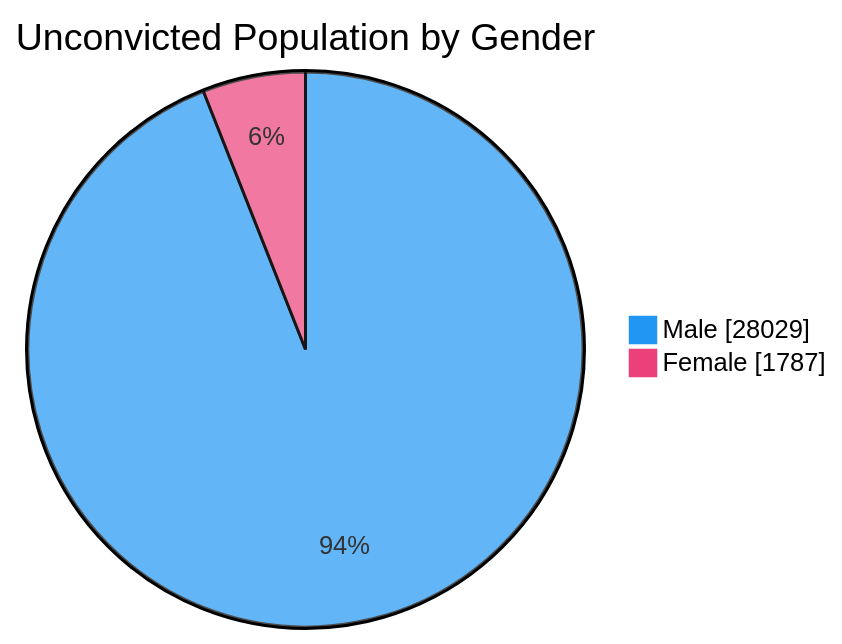
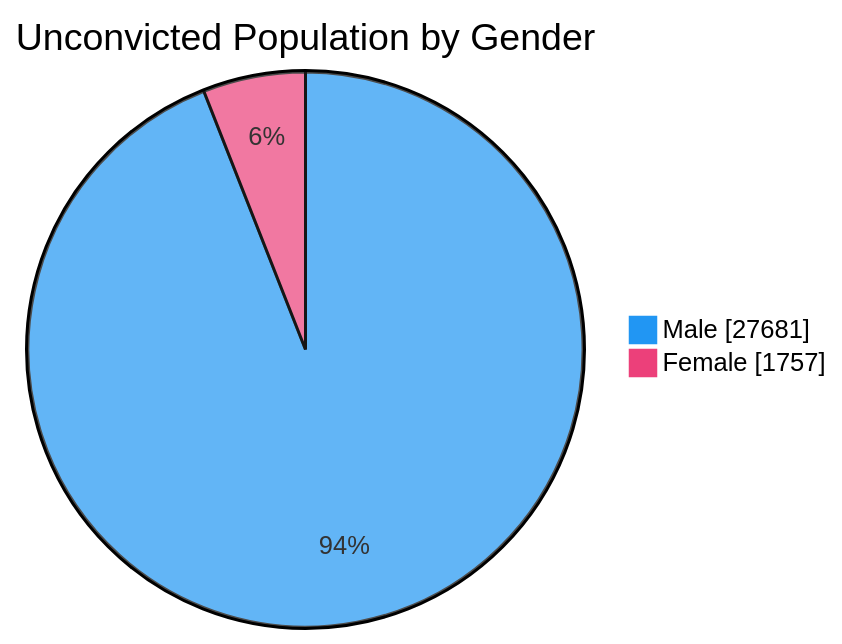
One commit to nuuuwan/lk_prisons changed the fourth of 7 diagrams in README.md. Above: the diagram before and after it, drawn with Mermaid. The commit also changed other lines of this file and 1 other file, not shown here.

````diff
--- a/README.md
+++ b/README.md
@@ -76,6 +76,6 @@
 ```mermaid
 %%{init: {'themeVariables': {'pie1': '#2196F3', 'pie2': '#EC407A'}}}%%
 pie showData title Unconvicted Population by Gender
-    "Male" : 28029
-    "Female" : 1787
+    "Male" : 27681
+    "Female" : 1757
 ```
````
